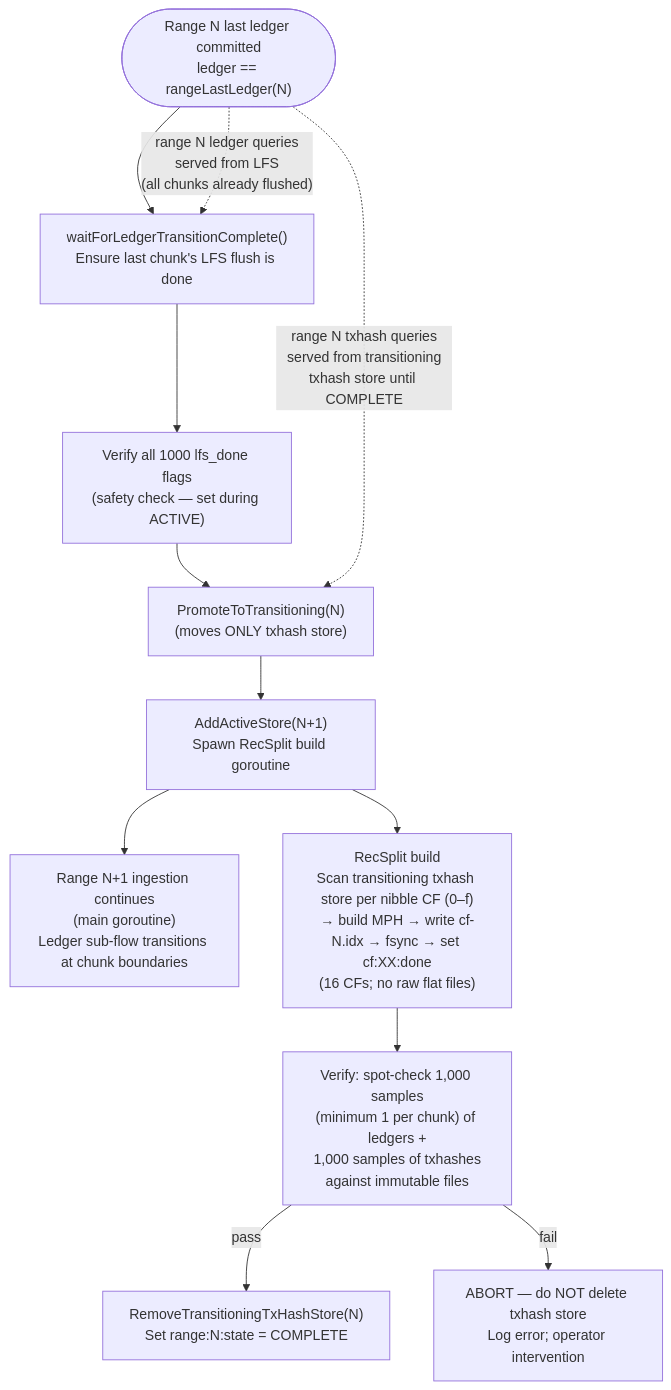
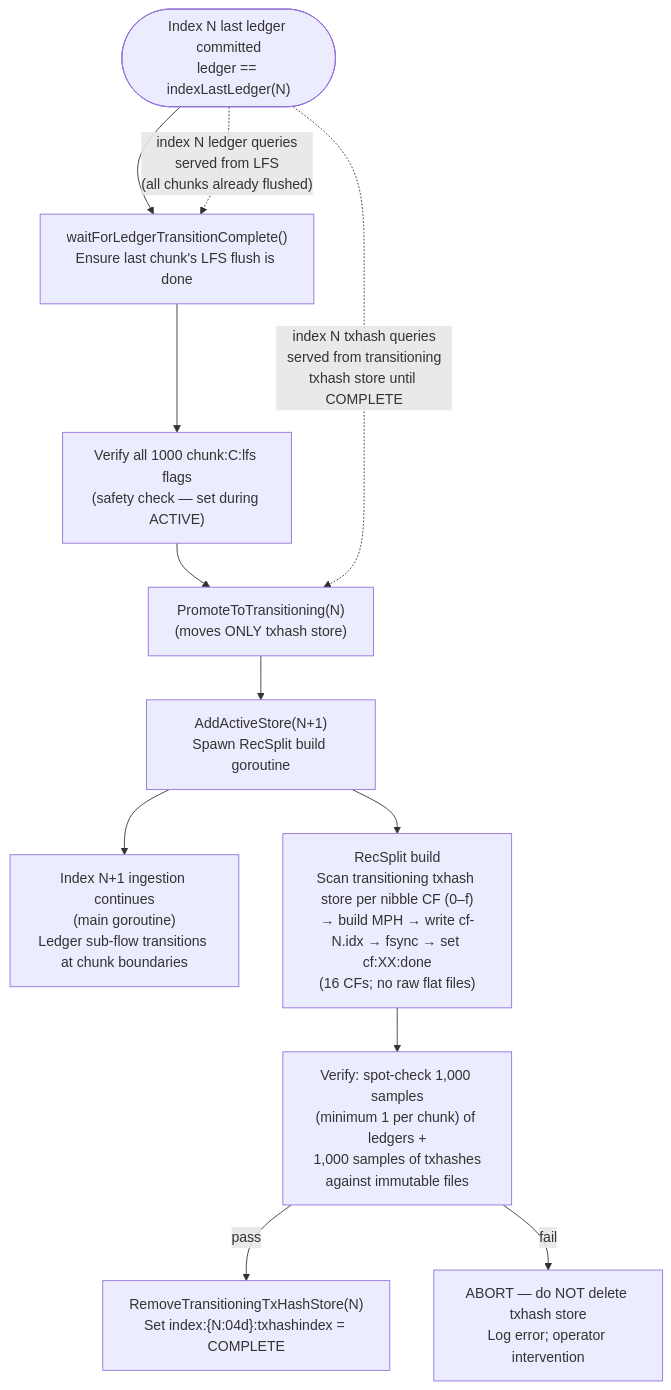
Before and after one commit to stellar/stellar-rpc: the tenth of 12 diagrams in full-history/design-docs/01-architecture-overview.md, drawn with Mermaid. The commit also changed other lines of this file, not shown here.

Commit message:
docs: 01-architecture-overview — range→index sweep

````diff
--- a/full-history/design-docs/01-architecture-overview.md
+++ b/full-history/design-docs/01-architecture-overview.md
@@ -260,15 +262,15 @@
 ```mermaid
 flowchart TD
-    BOUNDARY(["Range N last ledger committed\nledger == rangeLastLedger(N)"]) --> WAIT["waitForLedgerTransitionComplete()\nEnsure last chunk's LFS flush is done"]
-    WAIT --> VERIFY_LFS["Verify all 1000 lfs_done flags\n(safety check — set during ACTIVE)"]
+    BOUNDARY(["Index N last ledger committed\nledger == indexLastLedger(N)"]) --> WAIT["waitForLedgerTransitionComplete()\nEnsure last chunk's LFS flush is done"]
+    WAIT --> VERIFY_LFS["Verify all 1000 chunk:C:lfs flags\n(safety check — set during ACTIVE)"]
     VERIFY_LFS --> PROMOTE["PromoteToTransitioning(N)\n(moves ONLY txhash store)"]
     PROMOTE --> SPAWN["AddActiveStore(N+1)\nSpawn RecSplit build goroutine"]
-    SPAWN --> INGEST_NEXT["Range N+1 ingestion continues\n(main goroutine)\nLedger sub-flow transitions at chunk boundaries"]
+    SPAWN --> INGEST_NEXT["Index N+1 ingestion continues\n(main goroutine)\nLedger sub-flow transitions at chunk boundaries"]
     SPAWN --> RECSPLIT["RecSplit build\nScan transitioning txhash store per nibble CF (0–f)\n→ build MPH → write cf-N.idx → fsync → set cf:XX:done\n(16 CFs; no raw flat files)"]
     RECSPLIT --> VERIFY_RS["Verify: spot-check 1,000 samples\n(minimum 1 per chunk) of ledgers +\n1,000 samples of txhashes\nagainst immutable files"]
-    VERIFY_RS -->|pass| DELETE["RemoveTransitioningTxHashStore(N)\nSet range:N:state = COMPLETE"]
+    VERIFY_RS -->|pass| DELETE["RemoveTransitioningTxHashStore(N)\nSet index:{N:04d}:txhashindex = COMPLETE"]
     VERIFY_RS -->|fail| ABORT["ABORT — do NOT delete txhash store\nLog error; operator intervention"]
 
-    BOUNDARY -.->|"range N ledger queries\nserved from LFS\n(all chunks already flushed)"| WAIT
-    BOUNDARY -.->|"range N txhash queries\nserved from transitioning\ntxhash store until COMPLETE"| PROMOTE
+    BOUNDARY -.->|"index N ledger queries\nserved from LFS\n(all chunks already flushed)"| WAIT
+    BOUNDARY -.->|"index N txhash queries\nserved from transitioning\ntxhash store until COMPLETE"| PROMOTE
 ```
````
